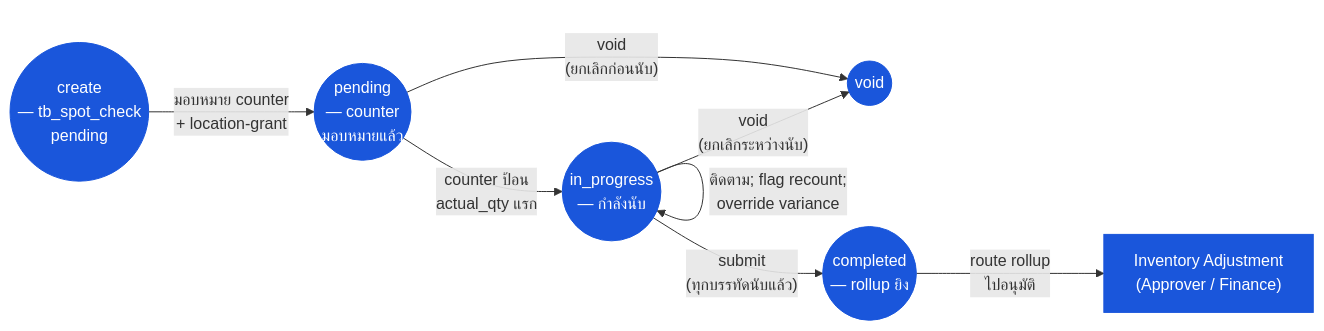
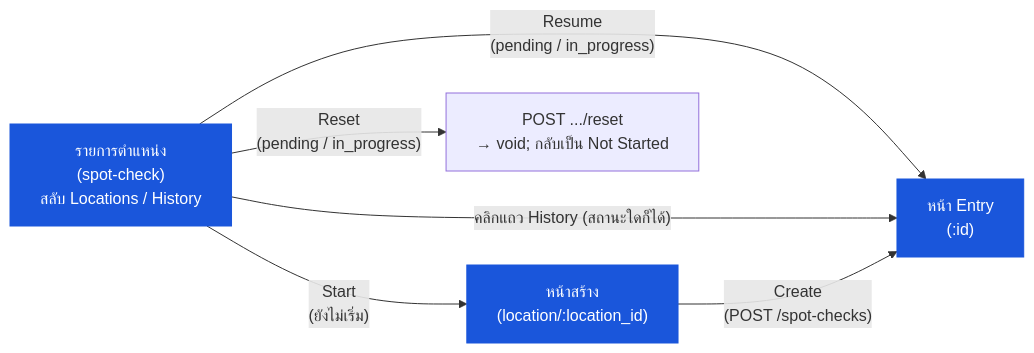
The diagram in th/inventory/spot-check/03-user-flow-inventory-controller.md (CarmenSoftware-organization/carmen-wiki), drawn with Mermaid before and after one commit. The commit also changed other lines of this file and 22 other files, not shown here.

First line of the commit message:
docs(resync): spot-check snapshot — whole-module rewrite, fabricated 3-persona/recount/tolerance/GL-rollup workflow replaced with real single-flow single-permission implementation

````diff
--- a/th/inventory/spot-check/03-user-flow-inventory-controller.md
+++ b/th/inventory/spot-check/03-user-flow-inventory-controller.md
@@ -23,11 +23,10 @@
 ```mermaid
 graph LR
-    create(("create\n— tb_spot_check\npending")):::current -->|"มอบหมาย counter\n+ location-grant"| pending(("pending\n— counter\nมอบหมายแล้ว")):::current
-    pending -->|"counter ป้อน\nactual_qty แรก"| in_progress(("in_progress\n— กำลังนับ")):::current
-    in_progress -->|"ติดตาม; flag recount;\noverride variance"| in_progress
-    in_progress -->|"submit\n(ทุกบรรทัดนับแล้ว)"| completed(("completed\n— rollup ยิง")):::current
-    completed -->|"route rollup\nไปอนุมัติ"| adj["Inventory Adjustment\n(Approver / Finance)"]:::current
-    pending -->|"void\n(ยกเลิกก่อนนับ)"| void_st(("void")):::current
-    in_progress -->|"void\n(ยกเลิกระหว่างนับ)"| void_st
+    list["รายการตำแหน่ง\n(spot-check)\nสลับ Locations / History"] -->|"Start\n(ยังไม่เริ่ม)"| create["หน้าสร้าง\n(location/:location_id)"]
+    list -->|"Resume\n(pending / in_progress)"| entry["หน้า Entry\n(:id)"]
+    list -->|"Reset\n(pending / in_progress)"| voidSc["POST .../reset\n→ void; กลับเป็น Not Started"]
+    list -->|"คลิกแถว History (สถานะใดก็ได้)"| entry
+    create -->|"Create\n(POST /spot-checks)"| entry
     classDef current fill:#1a56db,color:#fff,stroke:#1a56db;
+    class list,create,entry current
 ```
````
